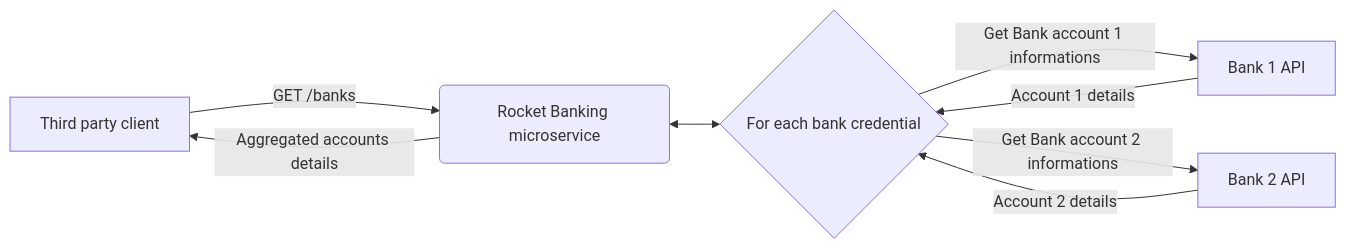
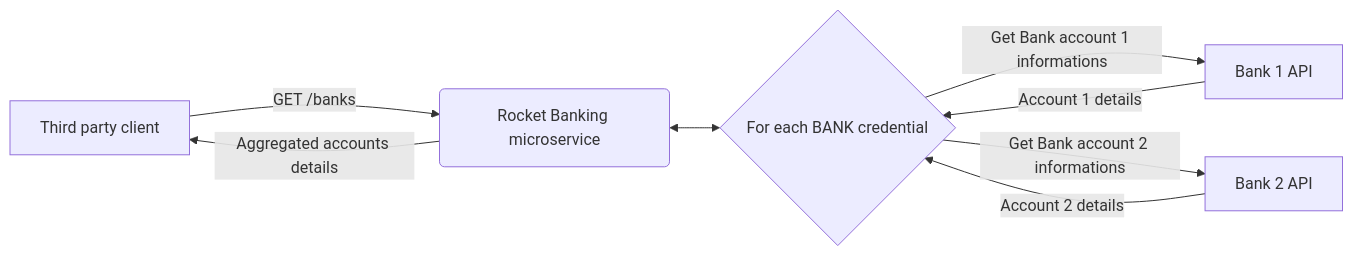
Before and after one commit to jackcat13/rocket-banking: the diagram in README.md, drawn with Mermaid. The commit also changed other lines of this file and 3 other files, not shown here.

````diff
--- a/README.md
+++ b/README.md
@@ -11,11 +11,11 @@
 ```mermaid
 flowchart LR
 
 A[Third party client] --> |GET /banks| B(Rocket Banking microservice)
-B <--> C{For each bank credential}
+B <--> C{For each BANK credential}
 C --> |Get Bank account 1 informations| D[Bank 1 API]
 C --> |Get Bank account 2 informations| E[Bank 2 API]
 D --> |Account 1 details| C
 E --> |Account 2 details| C
 B --> |Aggregated accounts details| A
 ```
````
